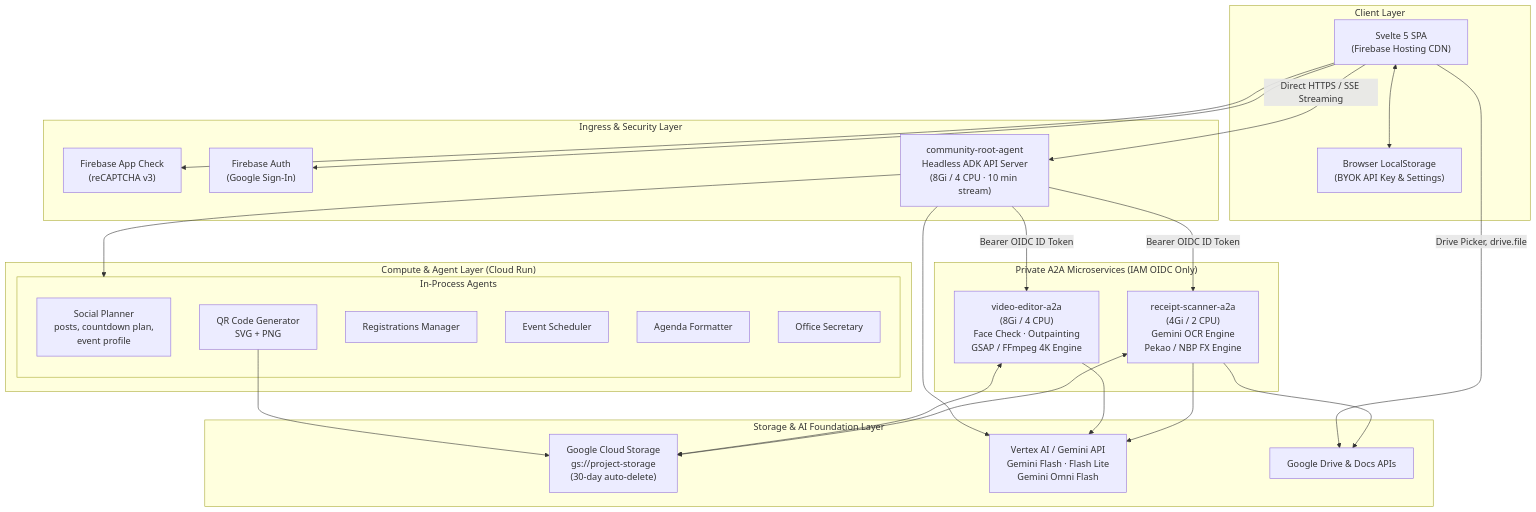
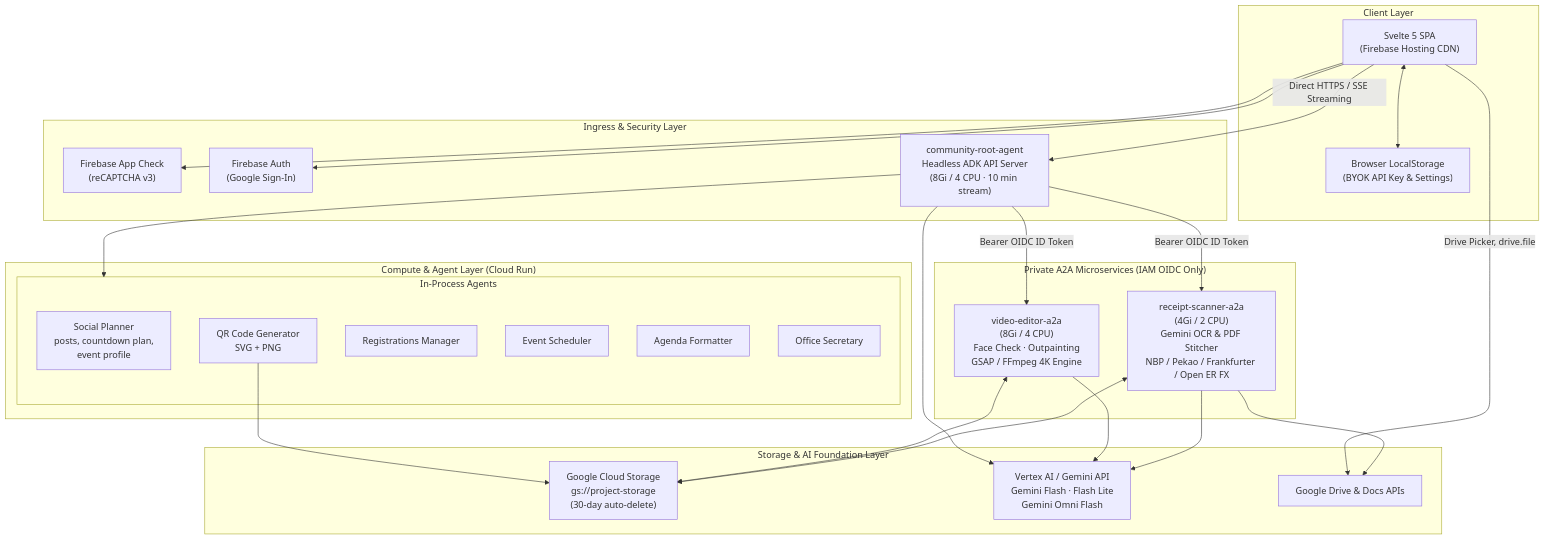
The first of 8 diagrams in docs/SOLUTION_ARCHITECTURE.md (aplachykau-git/gdg_agents), drawn with Mermaid before and after one commit. The commit also changed other lines of this file and 14 other files, not shown here.

Commit message:
docs: update README, architecture diagrams, and guides before main PR

````diff
--- a/docs/SOLUTION_ARCHITECTURE.md
+++ b/docs/SOLUTION_ARCHITECTURE.md
@@ -30,55 +30,55 @@
 ```mermaid
 flowchart TD
     subgraph CLIENT["Client Layer"]
         Browser["Svelte 5 SPA\n(Firebase Hosting CDN)"]
         LocalStorage["Browser LocalStorage\n(BYOK API Key & Settings)"]
         Browser <--> LocalStorage
     end
 
     subgraph SECURITY["Ingress & Security Layer"]
         AppCheck["Firebase App Check\n(reCAPTCHA v3)"]
         FirebaseAuth["Firebase Auth\n(Google Sign-In)"]
         Browser --> AppCheck
         Browser --> FirebaseAuth
         Browser -->|Direct HTTPS / SSE Streaming| RootAgent
     end
 
     subgraph COMPUTE["Compute & Agent Layer (Cloud Run)"]
         RootAgent["community-root-agent\nHeadless ADK API Server\n(8Gi / 4 CPU · 10 min stream)"]
 
 
         subgraph INPROCESS["In-Process Agents"]
             LinkedIn["Social Planner\nposts, countdown plan,\nevent profile"]
             QR["QR Code Generator\nSVG + PNG"]
             RegManager["Registrations Manager"]
             Planner["Event Scheduler"]
             Agenda["Agenda Formatter"]
             Secretary["Office Secretary"]
         end
 
         RootAgent --> INPROCESS
     end
 
     subgraph PRIVATE_A2A["Private A2A Microservices (IAM OIDC Only)"]
         VideoAgent["video-editor-a2a\n(8Gi / 4 CPU)\nFace Check · Outpainting\nGSAP / FFmpeg 4K Engine"]
-        ReceiptAgent["receipt-scanner-a2a\n(4Gi / 2 CPU)\nGemini OCR Engine\nPekao / NBP FX Engine"]
+        ReceiptAgent["receipt-scanner-a2a\n(4Gi / 2 CPU)\nGemini OCR & PDF Stitcher\nNBP / Pekao / Frankfurter / Open ER FX"]
 
         RootAgent -->|Bearer OIDC ID Token| VideoAgent
         RootAgent -->|Bearer OIDC ID Token| ReceiptAgent
     end
 
     subgraph STORAGE["Storage & AI Foundation Layer"]
         GCS["Google Cloud Storage\ngs://project-storage\n(30-day auto-delete)"]
         VertexAI["Vertex AI / Gemini API\nGemini Flash · Flash Lite\nGemini Omni Flash"]
         GSuite["Google Drive & Docs APIs"]
 
         RootAgent --> VertexAI
         QR --> GCS
         Browser -->|Drive Picker, drive.file| GSuite
         VideoAgent <--> GCS
         VideoAgent --> VertexAI
         ReceiptAgent <--> GCS
         ReceiptAgent --> VertexAI
         ReceiptAgent --> GSuite
     end
 ```
````
